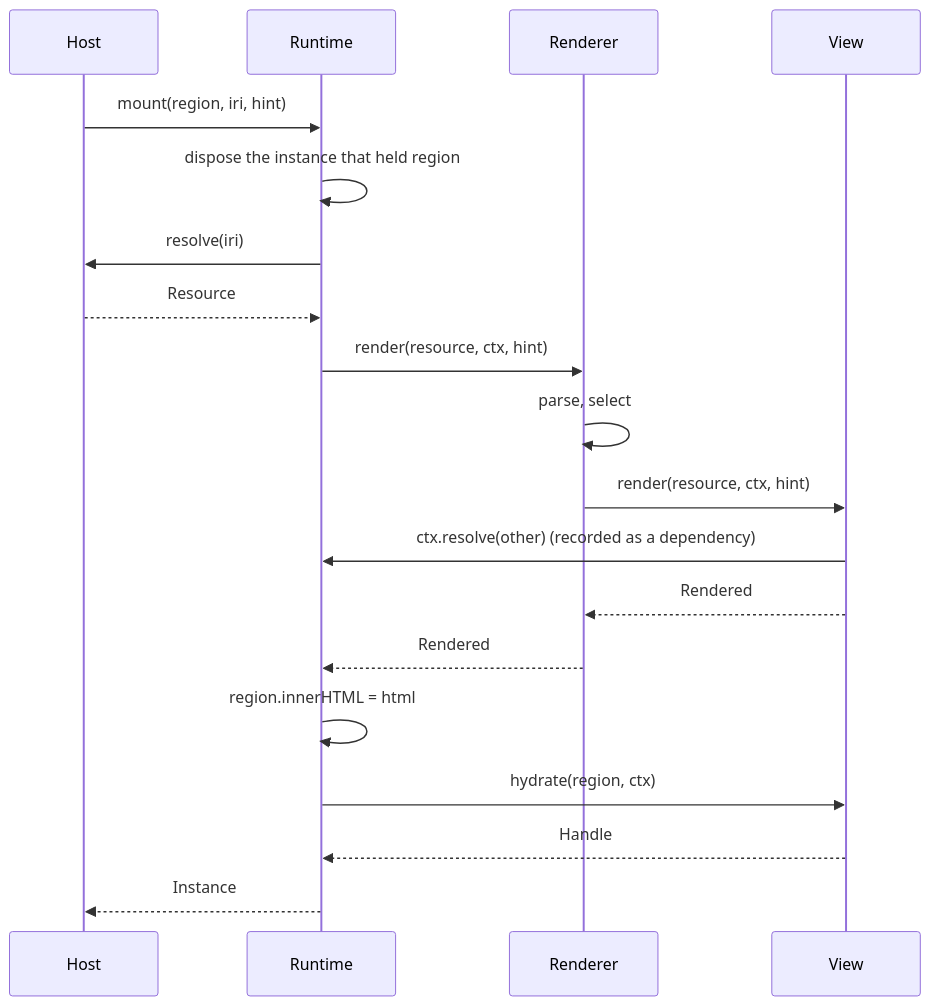
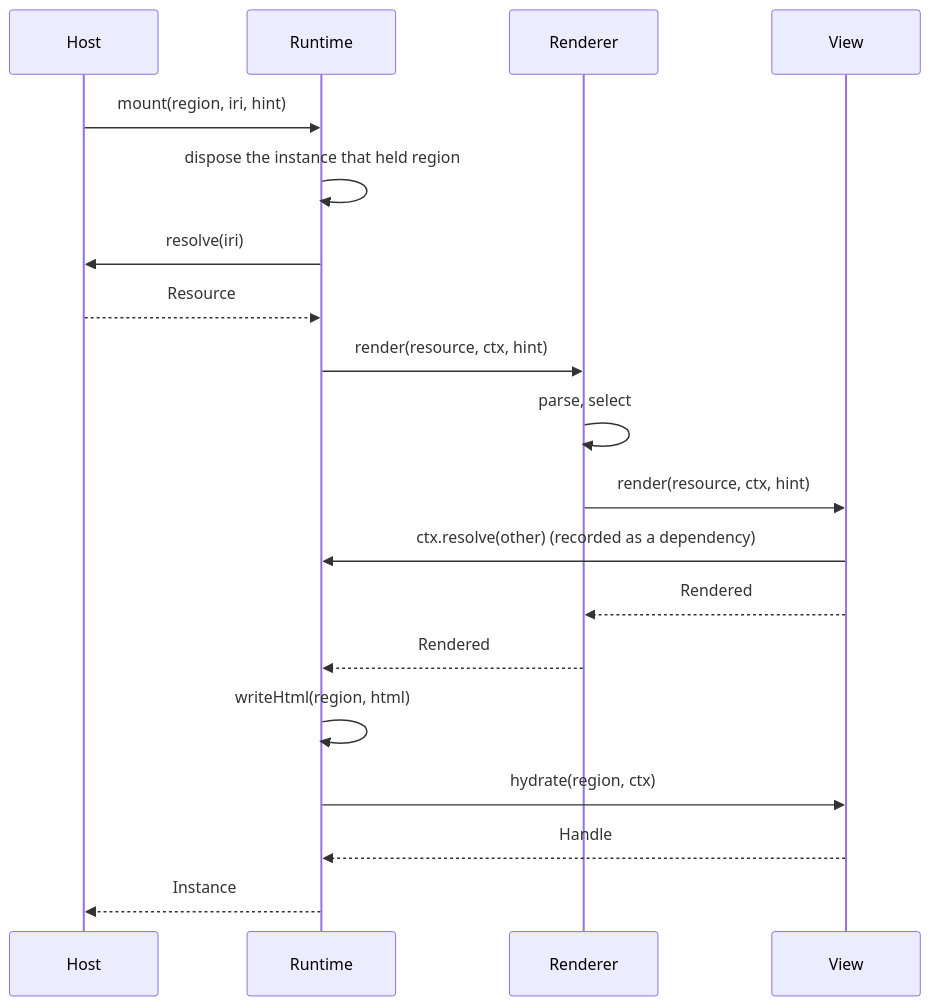
One commit to aleph-garden/vitrine changed the first of 4 diagrams in packages/www/src/content/docs/docs/view/rendering.mdx. Above: the diagram before and after it, drawn with Mermaid. The commit also changed other lines of this file and 3 other files, not shown here.

````diff
--- a/packages/www/src/content/docs/docs/view/rendering.mdx
+++ b/packages/www/src/content/docs/docs/view/rendering.mdx
@@ -31,21 +31,21 @@
 ```mermaid
 sequenceDiagram
   participant Host
   participant Runtime
   participant Renderer
   participant View
   Host->>Runtime: mount(region, iri, hint)
   Runtime->>Runtime: dispose the instance that held region
   Runtime->>Host: resolve(iri)
   Host-->>Runtime: Resource
   Runtime->>Renderer: render(resource, ctx, hint)
   Renderer->>Renderer: parse, select
   Renderer->>View: render(resource, ctx, hint)
   View->>Runtime: ctx.resolve(other)   (recorded as a dependency)
   View-->>Renderer: Rendered
   Renderer-->>Runtime: Rendered
-  Runtime->>Runtime: region.innerHTML = html
+  Runtime->>Runtime: writeHtml(region, html)
   Runtime->>View: hydrate(region, ctx)
   View-->>Runtime: Handle
   Runtime-->>Host: Instance
 ```
````
